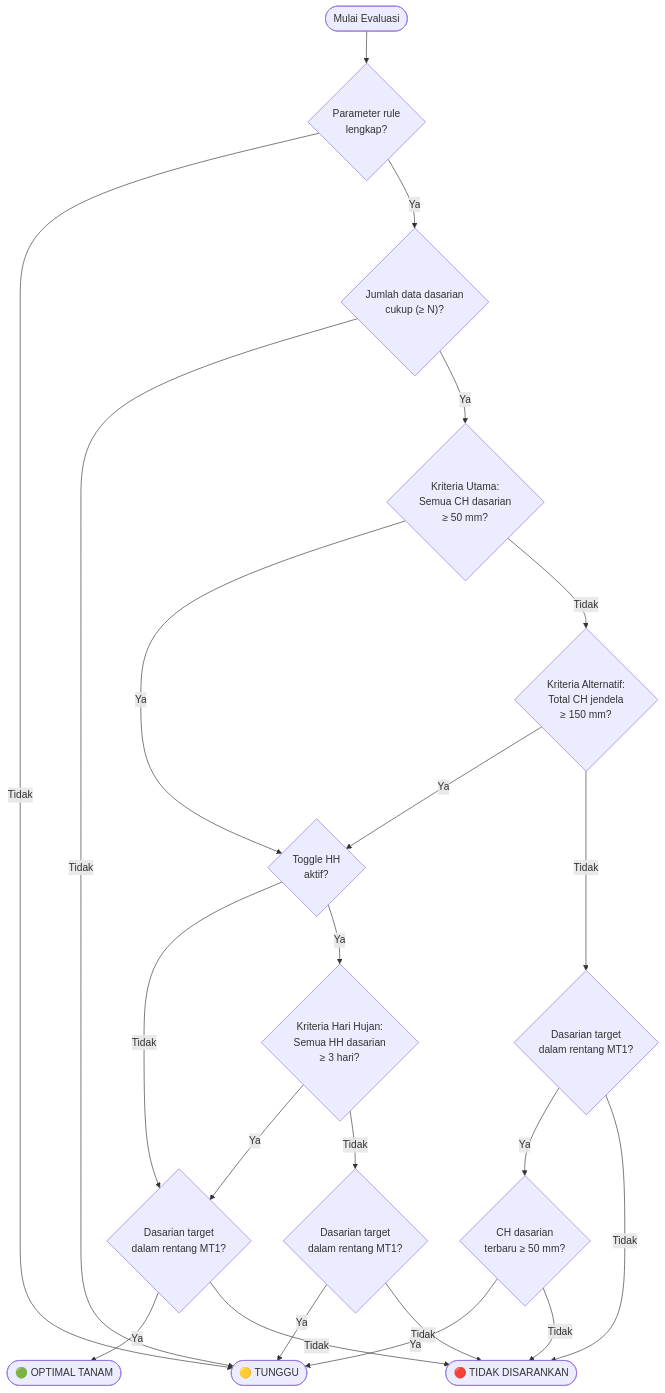
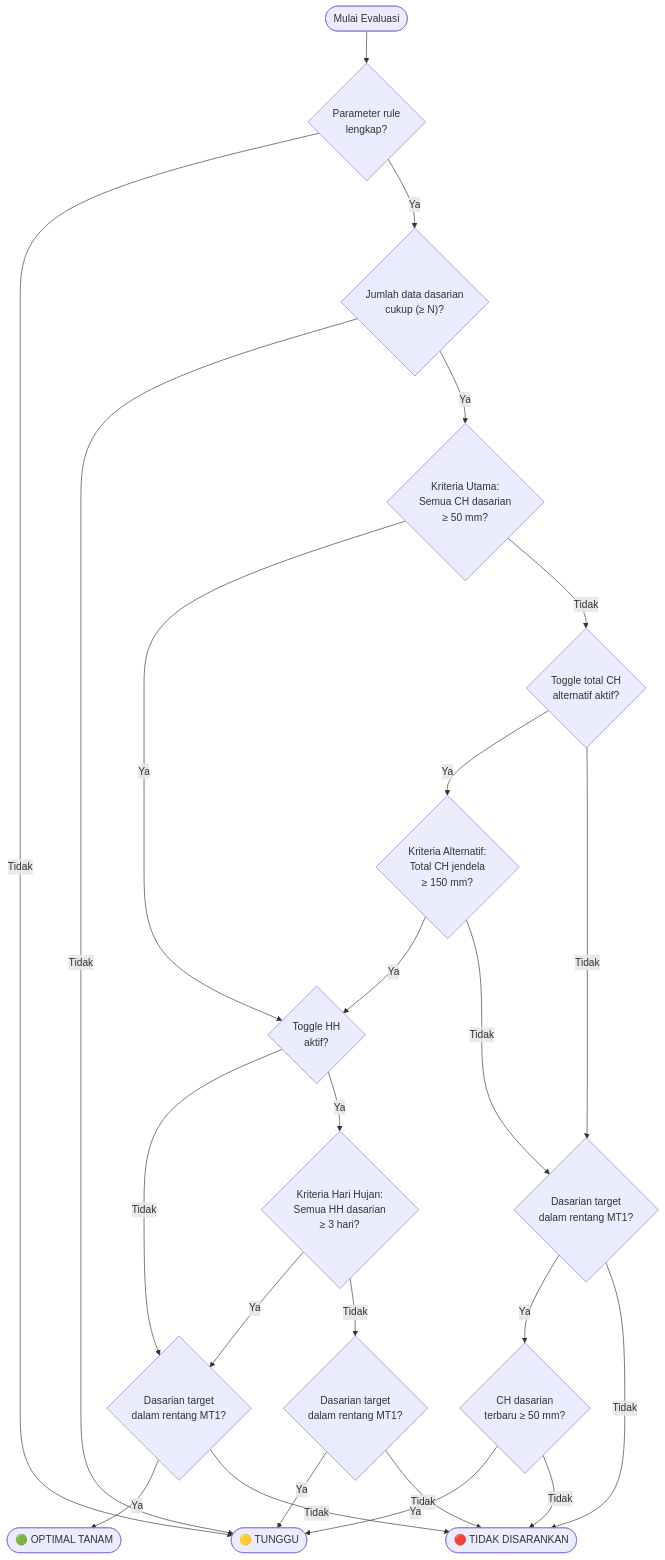
The diagram in flowchart_rule_engine_onset_tanam.md (ulumbader/PKL_BMKG_UINMA_2026), drawn with Mermaid before and after one commit. The commit also changed other lines of this file and 18 other files, not shown here.

First line of the commit message:
Add toggle for total-alternatif rule

````diff
--- a/flowchart_rule_engine_onset_tanam.md
+++ b/flowchart_rule_engine_onset_tanam.md
@@ -9,57 +9,62 @@
 ```mermaid
 flowchart TD
     START(["Mulai Evaluasi"])
 
     A{"Parameter rule<br/>lengkap?"}
     B{"Jumlah data dasarian<br/>cukup (≥ N)?"}
 
     C{"Kriteria Utama:<br/>Semua CH dasarian<br/>≥ 50 mm?"}
+
+    T_ALT{"Toggle total CH<br/>alternatif aktif?"}
 
     D{"Kriteria Alternatif:<br/>Total CH jendela<br/>≥ 150 mm?"}
 
     E{"Toggle HH<br/>aktif?"}
 
     F{"Kriteria Hari Hujan:<br/>Semua HH dasarian<br/>≥ 3 hari?"}
 
     H{"Dasarian target<br/>dalam rentang MT1?"}
     H_HH{"Dasarian target<br/>dalam rentang MT1?"}
     H_CH{"Dasarian target<br/>dalam rentang MT1?"}
 
     G{"CH dasarian<br/>terbaru ≥ 50 mm?"}
 
     OPTIMAL(["🟢 OPTIMAL TANAM"])
     TUNGGU(["🟡 TUNGGU"])
     TIDAK(["🔴 TIDAK DISARANKAN"])
 
     START --> A
 
     A -- Tidak --> TUNGGU
     A -- Ya --> B
 
     B -- Tidak --> TUNGGU
     B -- Ya --> C
 
     C -- Ya --> E
-    C -- Tidak --> D
+    C -- Tidak --> T_ALT
+
+    T_ALT -- Ya --> D
+    T_ALT -- Tidak --> H_CH
 
     D -- Ya --> E
     D -- Tidak --> H_CH
 
     E -- Tidak --> H
     E -- Ya --> F
 
     F -- Ya --> H
     F -- Tidak --> H_HH
 
     H -- Ya --> OPTIMAL
     H -- Tidak --> TIDAK
 
     H_HH -- Ya --> TUNGGU
     H_HH -- Tidak --> TIDAK
 
     H_CH -- Ya --> G
     H_CH -- Tidak --> TIDAK
 
     G -- Ya --> TUNGGU
     G -- Tidak --> TIDAK
 ```
````
